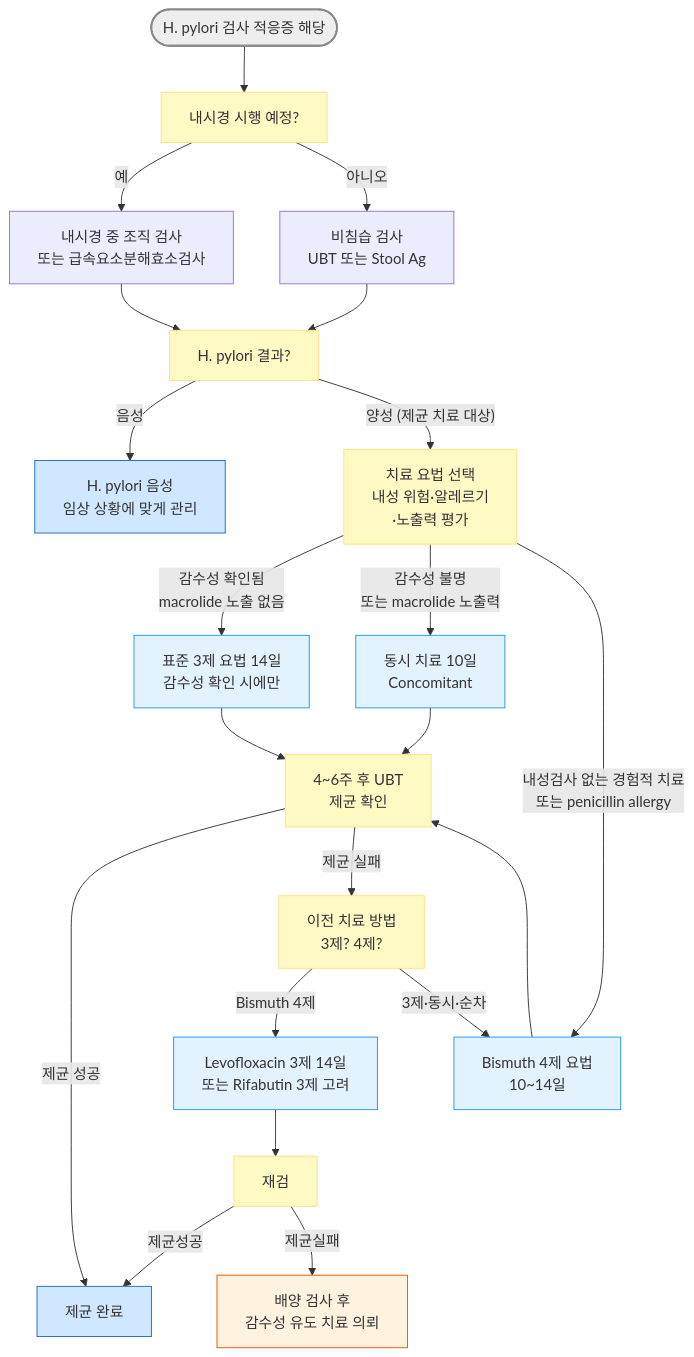
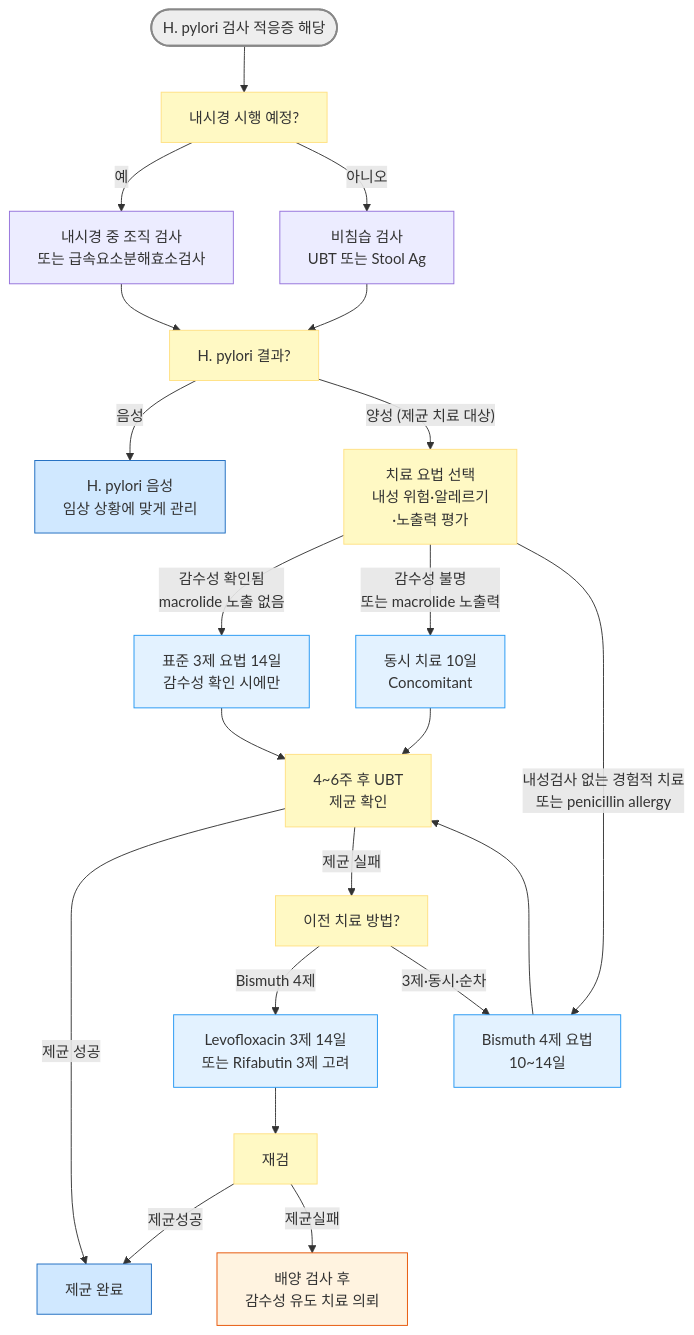
The diagram in 224_/080_-helicobacter-pylori-infection.md (familyoh77/familyoh77), drawn with Mermaid before and after one commit.

Commit message:
GITBOOK-923: No subject

````diff
--- a/224_/080_-helicobacter-pylori-infection.md
+++ b/224_/080_-helicobacter-pylori-infection.md
@@ -89,32 +89,32 @@
 ```mermaid
 flowchart TD
     A([H. pylori 검사 적응증 해당]) --> B[내시경 시행 예정?]
     B -- 예 --> C[내시경 중 조직 검사<br/>또는 급속요소분해효소검사]
     B -- 아니오 --> D[비침습 검사<br/>UBT 또는 Stool Ag]
     C --> E[H. pylori 결과?]
     D --> E
     E -- 음성 --> F[H. pylori 음성<br/>임상 상황에 맞게 관리]
     E -- 양성 (제균 치료 대상) --> H[치료 요법 선택<br/>내성 위험·알레르기<br/>·노출력 평가]
     H -- 감수성 확인됨<br/>macrolide 노출 없음 --> I[표준 3제 요법 14일<br/>감수성 확인 시에만]
     H -- 감수성 불명<br/>또는 macrolide 노출력 --> J[동시 치료 10일<br/>Concomitant]
     H -- 내성검사 없는 경험적 치료 <br/>또는 penicillin allergy --> K[Bismuth 4제 요법<br/>10~14일]
     I --> L[4~6주 후 UBT<br/>제균 확인]
     J --> L
     K --> L
     L -- 제균 성공 --> M[제균 완료]
-    L -- 제균 실패 --> N[이전 치료 방법<br/>3제? 4제?]
+    L -- 제균 실패 --> N[이전 치료 방법?]
     N -- Bismuth 4제 --> O[Levofloxacin 3제 14일<br/>또는 Rifabutin 3제 고려]
     N -- 3제·동시·순차 --> K
     O --> P[재검]
     P -- 제균성공 --> M[제균 완료]
     P -- 제균실패 --> Q[배양 검사 후<br/>감수성 유도 치료 의뢰]
 
 style A fill:#eeeeee,stroke:#888888,stroke-width:2px
 classDef yellow fill:#fff9c4,stroke:#ffe082
 class B,E,H,L,N,P yellow
 classDef sky fill:#e3f2ff,stroke:#2196f3
 class I,J,K,O sky
 classDef blue fill:#d0e8ff,stroke:#1a6abf
 class F,M blue
 style Q fill:#fff3e0,stroke:#e65100,stroke-width:1px
 ```
````
